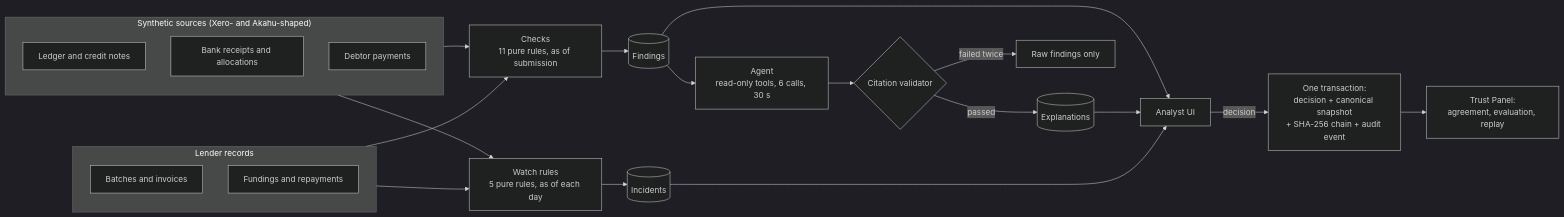
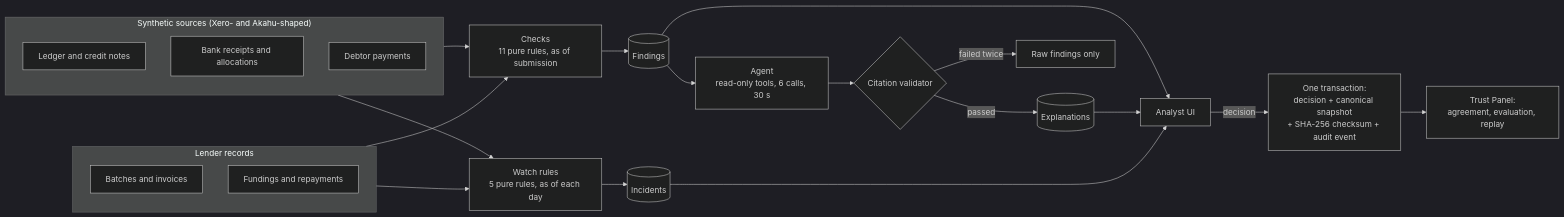
Before and after one commit to roshanaryal1/credit-desk: the diagram in README.md, drawn with Mermaid (dark theme). The commit also changed other lines of this file and 3 other files, not shown here.

First line of the commit message:
docs: reword the validator and snapshot-chain claims until they are true

````diff
--- a/README.md
+++ b/README.md
@@ -110,27 +112,27 @@
 ```mermaid
 flowchart LR
   subgraph Sources["Synthetic sources (Xero- and Akahu-shaped)"]
     L[Ledger and credit notes]
     B[Bank receipts and allocations]
     P[Debtor payments]
   end
   subgraph Lender["Lender records"]
     I[Batches and invoices]
     F[Fundings and repayments]
   end
   Sources --> C[Checks<br/>11 pure rules, as of submission]
   Lender --> C
   Sources --> W[Watch rules<br/>5 pure rules, as of each day]
   Lender --> W
   C --> FN[(Findings)]
   W --> INC[(Incidents)]
   FN --> A[Agent<br/>read-only tools, 6 calls, 30 s]
   A --> V{Citation validator}
   V -- passed --> E[(Explanations)]
   V -- failed twice --> X[Raw findings only]
   FN --> UI[Analyst UI]
   E --> UI
   INC --> UI
-  UI -- decision --> T[One transaction:<br/>decision + canonical snapshot<br/>+ SHA-256 chain + audit event]
+  UI -- decision --> T[One transaction:<br/>decision + canonical snapshot<br/>+ SHA-256 checksum + audit event]
   T --> TP[Trust Panel:<br/>agreement, evaluation, replay]
 ```
````
